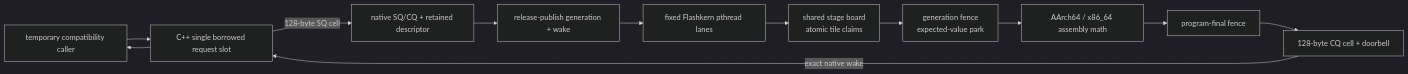
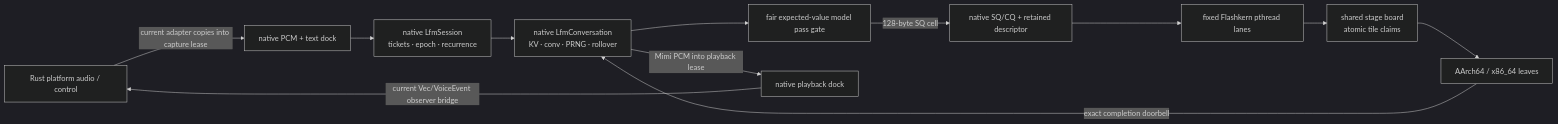
The diagram in crates/liquid-audio/docs/DECODE_ENGINE.md (SolaceHarmony/emberharmony), drawn with Mermaid (dark theme) before and after one commit. The commit also changed other lines of this file and 73 other files, not shown here.

````diff
--- a/crates/liquid-audio/docs/DECODE_ENGINE.md
+++ b/crates/liquid-audio/docs/DECODE_ENGINE.md
@@ -45,14 +56,14 @@
 ```mermaid
 flowchart LR
-    Caller["temporary compatibility caller"] --> Rim["C++ single borrowed request slot"]
-    Rim -->|"128-byte SQ cell"| Bridge["native SQ/CQ + retained descriptor"]
-    Bridge --> Doorbell["release-publish generation + wake"]
-    Doorbell --> Team["fixed Flashkern pthread lanes"]
+    Host["Rust platform audio / control"] -->|"current adapter copies into capture lease"| Dock["native PCM + text dock"]
+    Dock --> Session["native LfmSession<br/>tickets · epoch · recurrence"]
+    Session --> Conv["native LfmConversation<br/>KV · conv · PRNG · rollover"]
+    Conv --> Gate["fair expected-value model pass gate"]
+    Gate -->|"128-byte SQ cell"| Bridge["native SQ/CQ + retained descriptor"]
+    Bridge --> Team["fixed Flashkern pthread lanes"]
     Team --> Board["shared stage board<br/>atomic tile claims"]
-    Board --> Fence["generation fence<br/>expected-value park"]
-    Fence --> Kernels["AArch64 / x86_64 assembly math"]
-    Kernels --> Final["program-final fence"]
-    Final --> CQ["128-byte CQ cell + doorbell"]
-    CQ -->|"exact native wake"| Rim
-    Rim --> Caller
+    Board --> Kernels["AArch64 / x86_64 leaves"]
+    Kernels -->|"exact completion doorbell"| Conv
+    Conv -->|"Mimi PCM into playback lease"| Playback["native playback dock"]
+    Playback -->|"current Vec/VoiceEvent observer bridge"| Host
 ```
````
